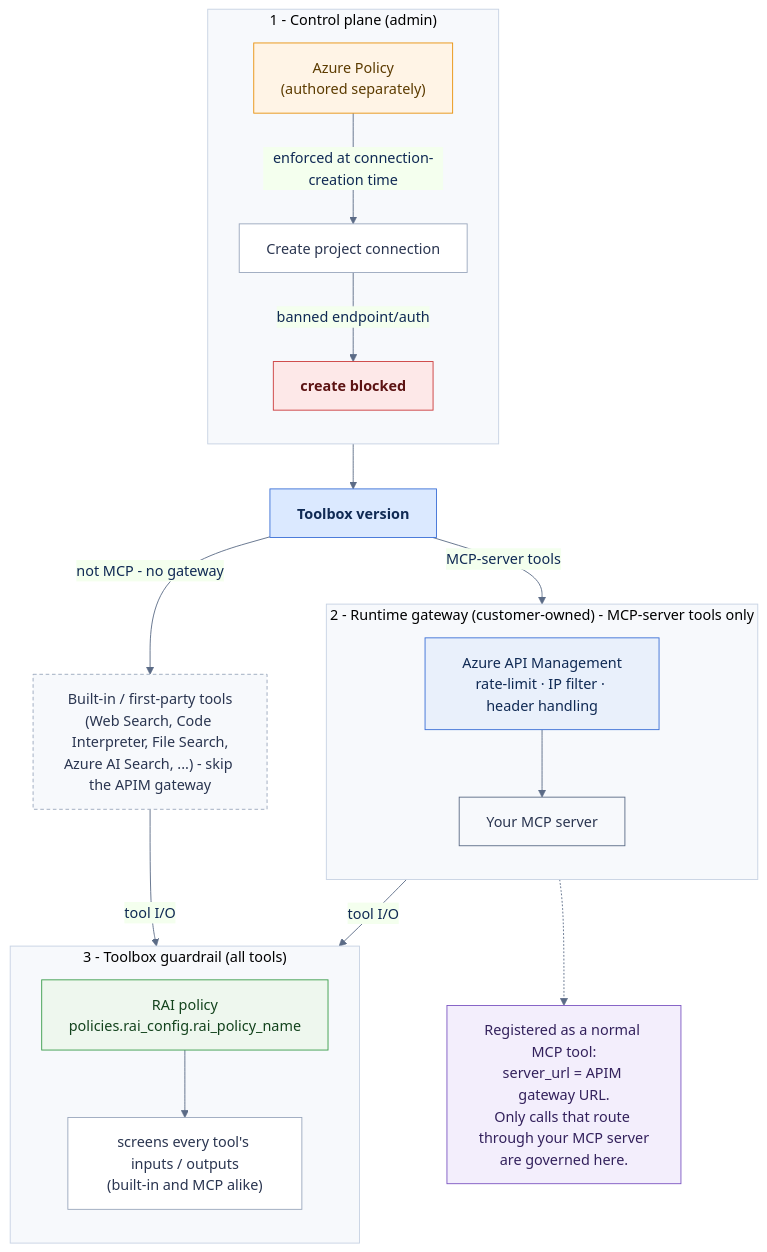
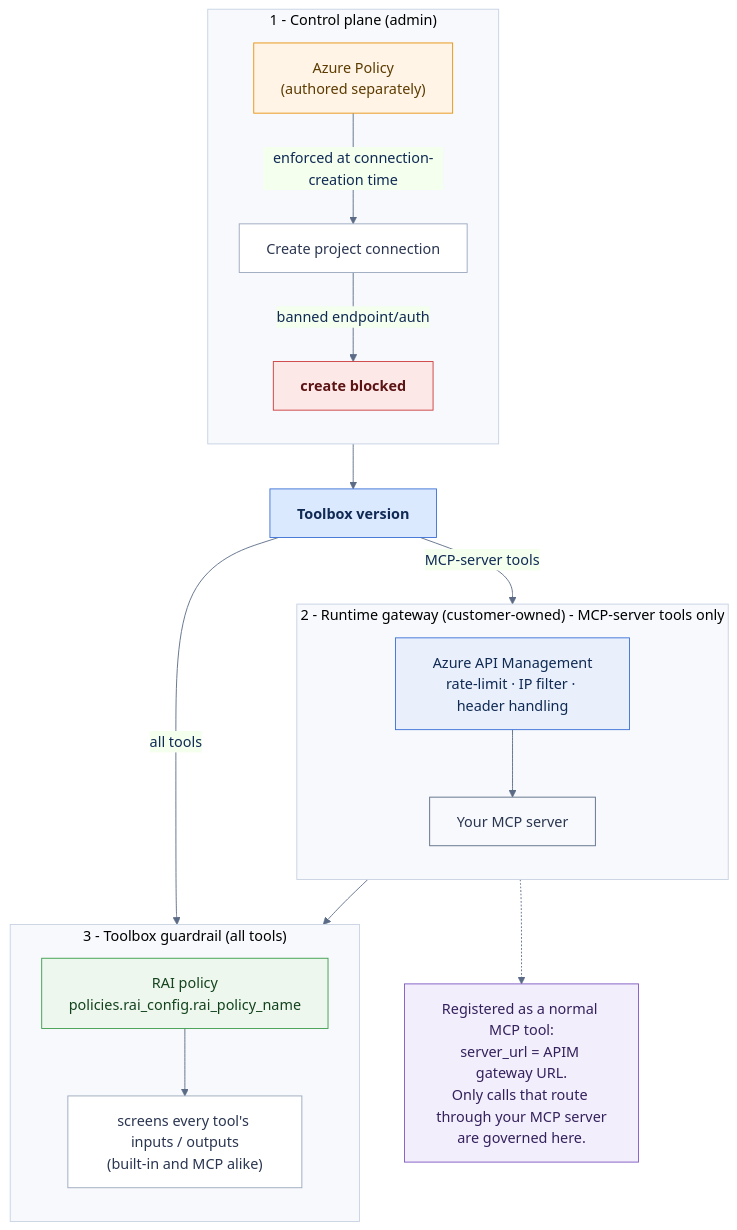
The diagram in preview/pr-52/notebook/media/mastering-foundry-toolbox/04-policy-enforcement.mmd (microsoft-foundry/forgebook), drawn with Mermaid before and after one commit. The commit also changed 18 other files, not shown here.

```diff
--- a/preview/pr-52/notebook/media/mastering-foundry-toolbox/04-policy-enforcement.mmd
+++ b/preview/pr-52/notebook/media/mastering-foundry-toolbox/04-policy-enforcement.mmd
@@ -1,43 +1,39 @@
 %%{init: {"theme":"base","themeVariables":{"fontFamily":"Segoe UI, Helvetica, Arial, sans-serif","primaryColor":"#eef4ff","primaryBorderColor":"#3b6fd6","primaryTextColor":"#102a54","lineColor":"#5b6b86","clusterBkg":"#f7f9fc","clusterBorder":"#c7d2e3"}}}%%
 flowchart TB
     subgraph CP["1 - Control plane (admin)"]
         direction TB
         POL["Azure Policy<br/>(authored separately)"]:::policy
         CONNCREATE["Create project connection"]:::step
         POL -->|enforced at connection-creation time| CONNCREATE
         CONNCREATE -->|banned endpoint/auth| BLOCK["create blocked"]:::block
     end
 
     subgraph RT["2 - Runtime gateway (customer-owned) - MCP-server tools only"]
         direction TB
         APIM["Azure API Management<br/>rate-limit &middot; IP filter &middot; header handling"]:::apim
         MCP["Your MCP server"]:::tool
         APIM --> MCP
     end
     NOTE2["Registered as a normal MCP tool:<br/>server_url = APIM gateway URL.<br/>Only calls that route through your MCP server<br/>are governed here."]:::note
     APIM -.-> NOTE2
 
-    BUILTIN["Built-in / first-party tools<br/>(Web Search, Code Interpreter, File Search,<br/>Azure AI Search, ...) - skip the APIM gateway"]:::bypass
-
     subgraph TB3["3 - Toolbox guardrail (all tools)"]
         direction TB
         RAI["RAI policy<br/>policies.rai_config.rai_policy_name"]:::rai
         IO["screens every tool's inputs / outputs<br/>(built-in and MCP alike)"]:::step
         RAI --> IO
     end
 
     CONNCREATE --> TBXV["Toolbox version"]:::accent
     TBXV -->|"MCP-server tools"| RT
-    TBXV -->|"not MCP - no gateway"| BUILTIN
-    RT -->|"tool I/O"| TB3
-    BUILTIN -->|"tool I/O"| TB3
+    RT --> TB3
+    TBXV -->|"all tools"| TB3
 
     classDef accent fill:#dbe9ff,stroke:#3b6fd6,color:#102a54,font-weight:bold;
     classDef policy fill:#fff4e6,stroke:#e8910c,color:#5c3b00;
     classDef apim fill:#e9f0fb,stroke:#3b6fd6,color:#102a54;
     classDef rai fill:#eef7ee,stroke:#3a9d4a,color:#13431d;
     classDef tool fill:#f7f9fc,stroke:#5b6b86,color:#2a3550;
     classDef step fill:#ffffff,stroke:#9aa7bd,color:#2a3550;
     classDef block fill:#fde8e8,stroke:#cc3b3b,color:#5c1313,font-weight:bold;
     classDef note fill:#f3eefc,stroke:#7d57c2,color:#33215c;
-    classDef bypass fill:#f7f9fc,stroke:#9aa7bd,color:#2a3550,stroke-dasharray:4 3;
```
